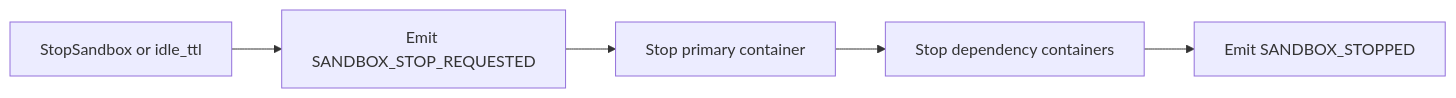
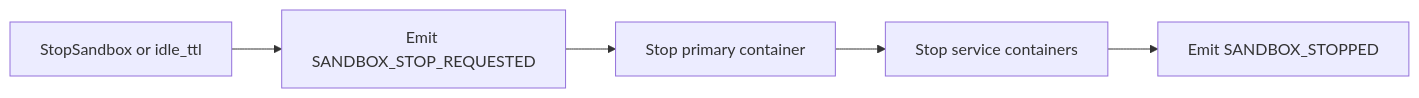
The fourth of 5 diagrams in docs/sandbox_container_lifecycle.md (1996fanrui/agents-sandbox), drawn with Mermaid before and after one commit. The commit also changed other lines of this file and 8 other files, not shown here.

````diff
--- a/docs/sandbox_container_lifecycle.md
+++ b/docs/sandbox_container_lifecycle.md
@@ -129,7 +130,7 @@
 ```mermaid
 flowchart LR
     A[StopSandbox or idle_ttl] --> B[Emit SANDBOX_STOP_REQUESTED]
     B --> C[Stop primary container]
-    C --> D[Stop dependency containers]
+    C --> D[Stop service containers]
     D --> E[Emit SANDBOX_STOPPED]
 ```
````
